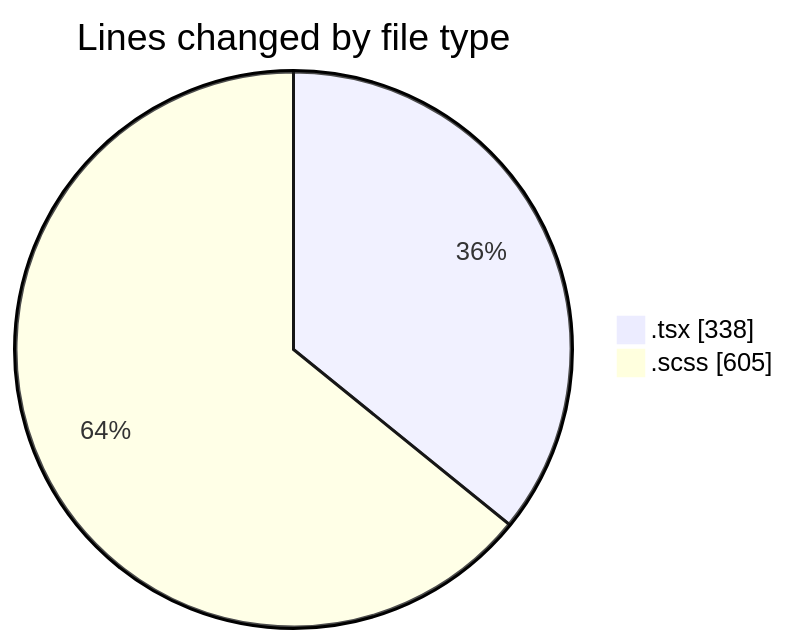
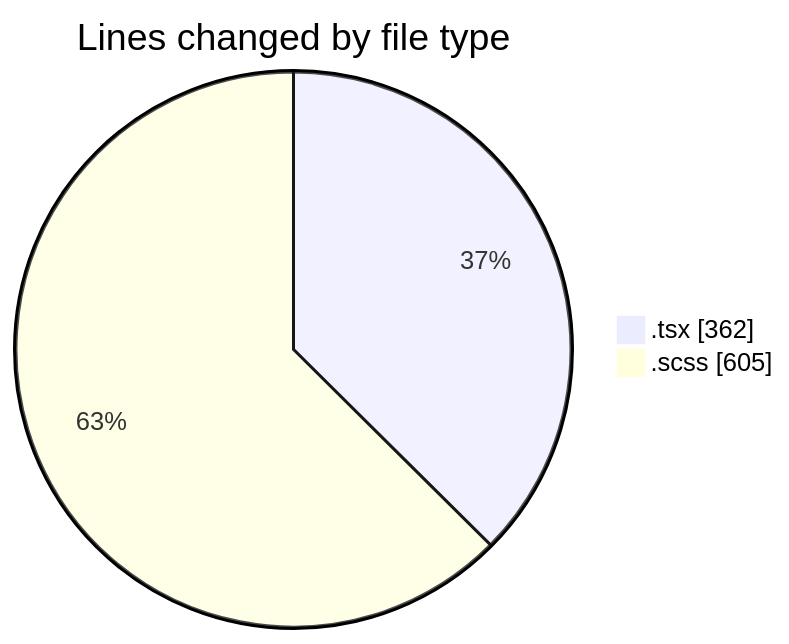
One commit to momahboobian/code-tracking changed the first of 2 diagrams in 2025-03-27/cda/README.md. Above: the diagram before and after it, drawn with Mermaid. The commit also changed other lines of this file and 1 other file, not shown here.

````diff
--- a/2025-03-27/cda/README.md
+++ b/2025-03-27/cda/README.md
@@ -21,6 +21,6 @@
 ```mermaid
 pie showData
 title Lines changed by file type
-".tsx" : 338
+".tsx" : 362
 ".scss" : 605
 ```
````
